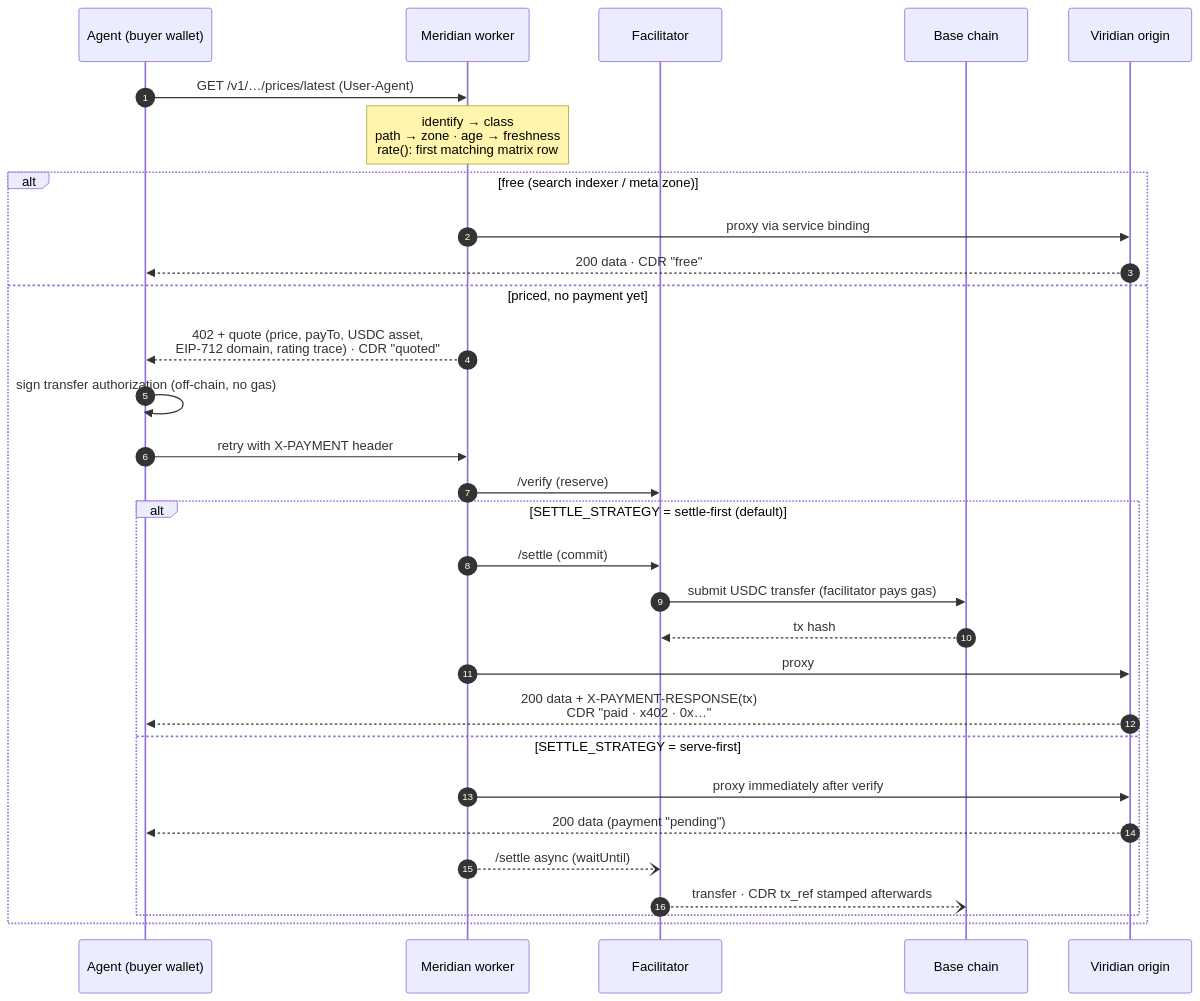
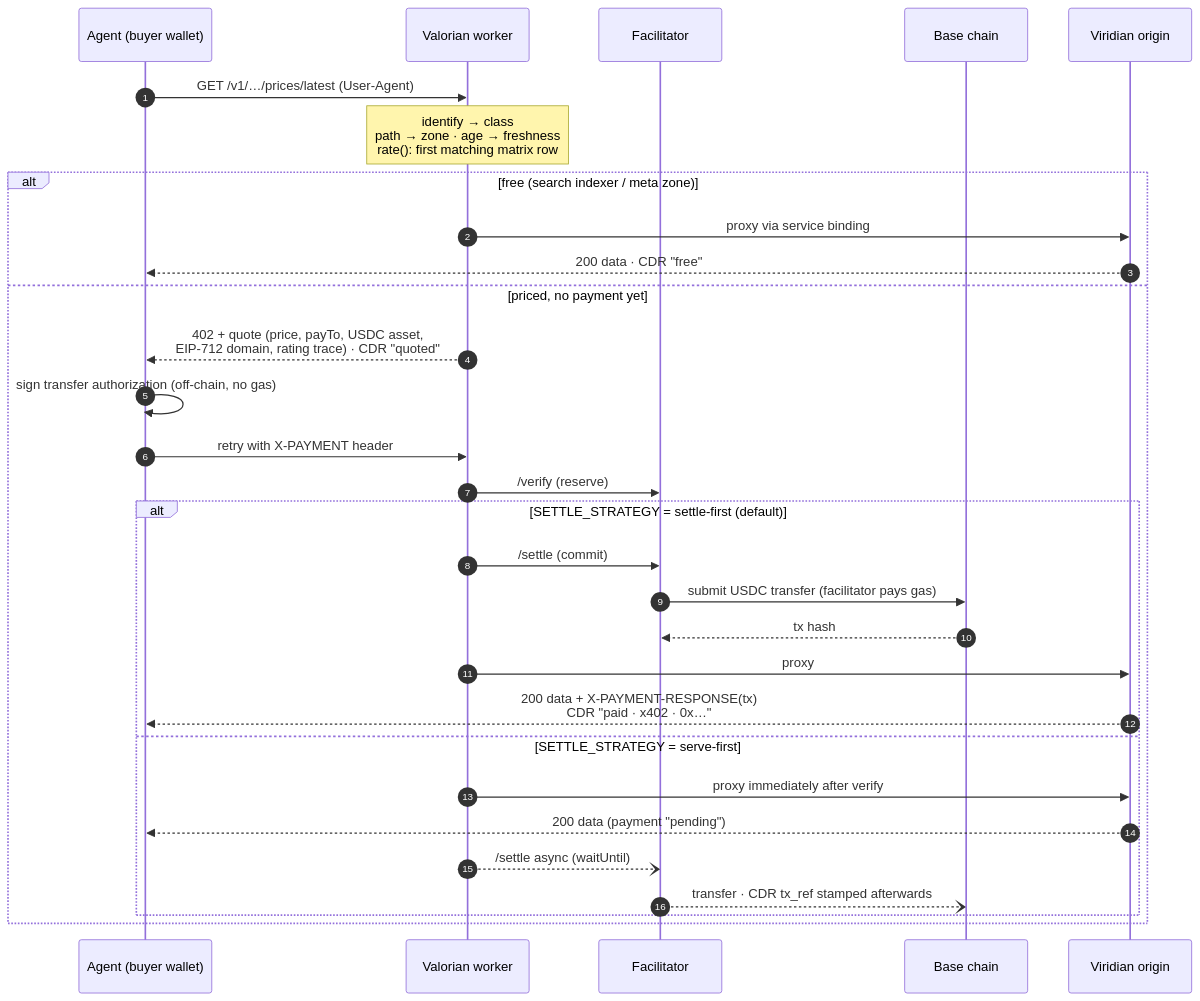
The diagram in ARCHITECTURE.md (Dean86/valorian), drawn with Mermaid before and after one commit. The commit also changed other lines of this file and 1 other file, not shown here.

Commit message:
Rebrand docs Meridian→Valorian, machine→agent; remove prose em-dashes (real routes/URLs preserved)

````diff
--- a/ARCHITECTURE.md
+++ b/ARCHITECTURE.md
@@ -36,33 +36,33 @@
 ```mermaid
 sequenceDiagram
     autonumber
     participant A as Agent (buyer wallet)
-    participant M as Meridian worker
+    participant M as Valorian worker
     participant F as Facilitator
     participant B as Base chain
     participant V as Viridian origin
 
     A->>M: GET /v1/…/prices/latest (User-Agent)
     Note over M: identify → class<br/>path → zone · age → freshness<br/>rate(): first matching matrix row
     alt free (search indexer / meta zone)
         M->>V: proxy via service binding
         V-->>A: 200 data · CDR "free"
     else priced, no payment yet
         M-->>A: 402 + quote (price, payTo, USDC asset,<br/>EIP-712 domain, rating trace) · CDR "quoted"
         A->>A: sign transfer authorization (off-chain, no gas)
         A->>M: retry with X-PAYMENT header
         M->>F: /verify  (reserve)
         alt SETTLE_STRATEGY = settle-first (default)
             M->>F: /settle  (commit)
             F->>B: submit USDC transfer (facilitator pays gas)
             B-->>F: tx hash
             M->>V: proxy
             V-->>A: 200 data + X-PAYMENT-RESPONSE(tx)<br/>CDR "paid · x402 · 0x…"
         else SETTLE_STRATEGY = serve-first
             M->>V: proxy immediately after verify
             V-->>A: 200 data (payment "pending")
             M--)F: /settle async (waitUntil)
             F--)B: transfer · CDR tx_ref stamped afterwards
         end
     end
 ```
````
